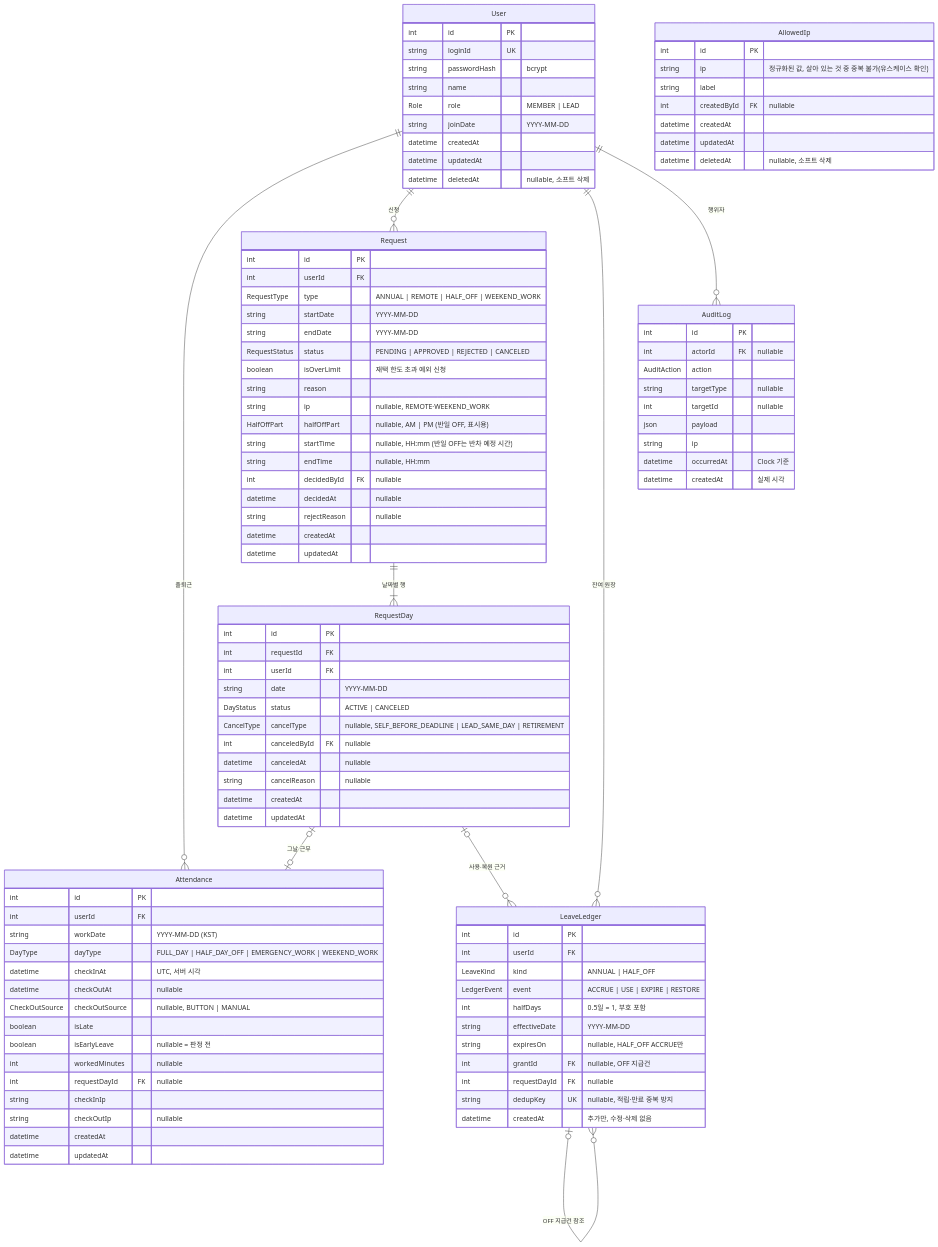
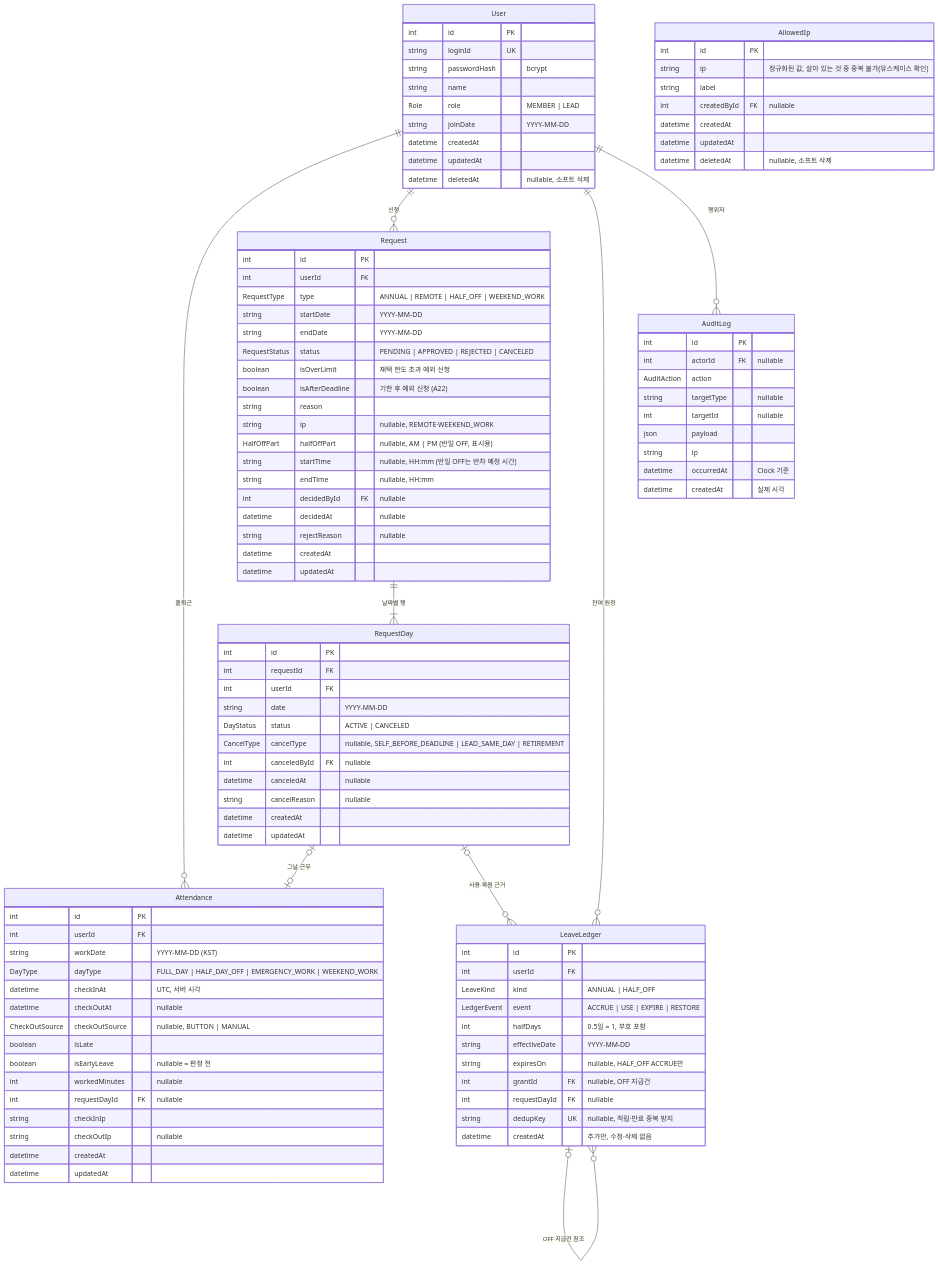
The diagram in docs/design.md (doosup/team-attendance-system), drawn with Mermaid before and after one commit. The commit also changed other lines of this file and 25 other files, not shown here.

```diff
--- a/docs/design.md
+++ b/docs/design.md
@@ -62,6 +62,7 @@
         string endDate "YYYY-MM-DD"
         RequestStatus status "PENDING | APPROVED | REJECTED | CANCELED"
         boolean isOverLimit "재택 한도 초과 예외 신청"
+        boolean isAfterDeadline "기한 후 예외 신청 (A22)"
         string reason
         string ip "nullable, REMOTE·WEEKEND_WORK"
         HalfOffPart halfOffPart "nullable, AM | PM (반일 OFF, 표시용)"
```
